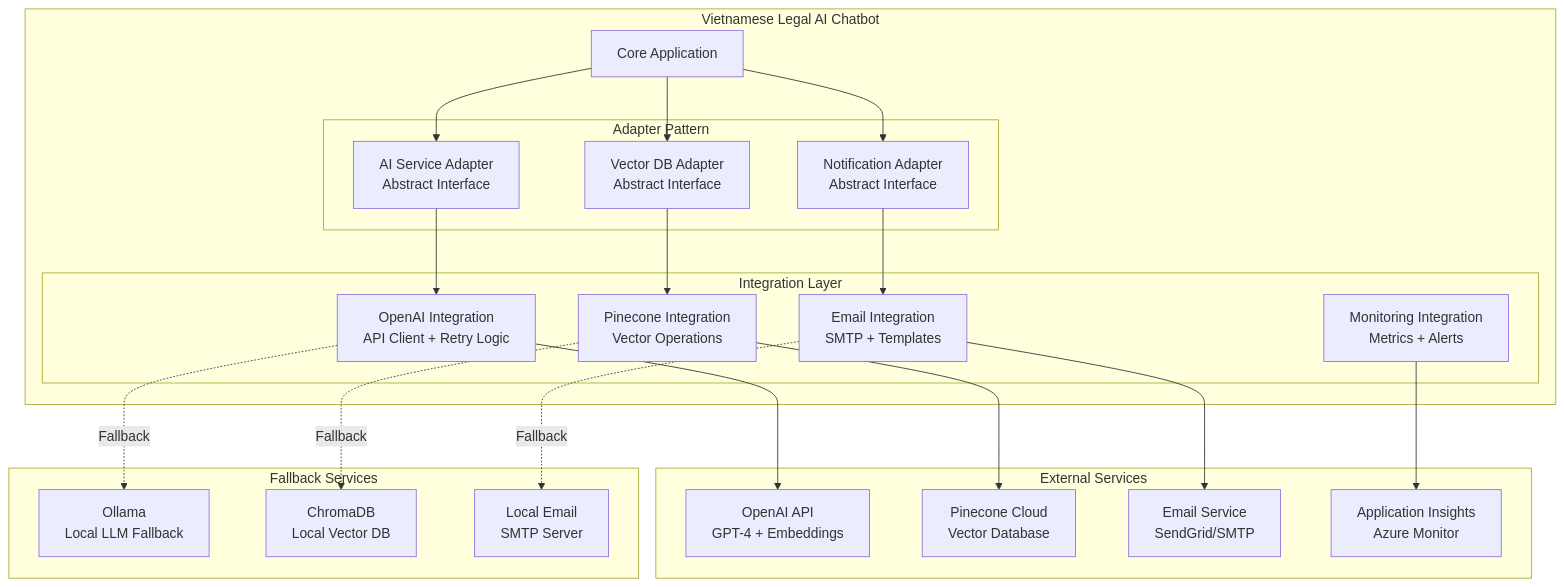
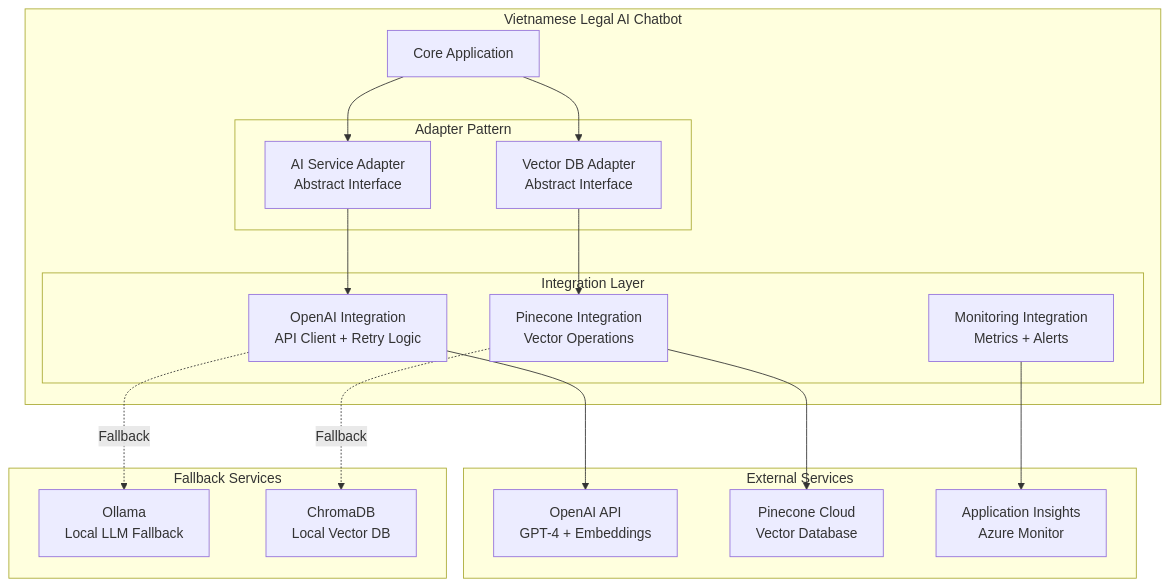
Diagram 11 of 15 in vietnamese_legal_chatbot/docs/system-architecture.md (LePhuongPhuong/F1-Hackathon-CopilotTeam), drawn with Mermaid before and after one commit. The commit also changed other lines of this file and 15 other files, not shown here.

````diff
--- a/vietnamese_legal_chatbot/docs/system-architecture.md
+++ b/vietnamese_legal_chatbot/docs/system-architecture.md
@@ -709,49 +479,41 @@
 ```mermaid
 graph TB
     subgraph "Vietnamese Legal AI Chatbot"
         CORE[Core Application]
         
         subgraph "Integration Layer"
             OPENAI_INT[OpenAI Integration<br/>API Client + Retry Logic]
             PINECONE_INT[Pinecone Integration<br/>Vector Operations]
-            EMAIL_INT[Email Integration<br/>SMTP + Templates]
             MONITORING_INT[Monitoring Integration<br/>Metrics + Alerts]
         end
         
         subgraph "Adapter Pattern"
             AI_ADAPTER[AI Service Adapter<br/>Abstract Interface]
             VECTOR_ADAPTER[Vector DB Adapter<br/>Abstract Interface]
-            NOTIFICATION_ADAPTER[Notification Adapter<br/>Abstract Interface]
         end
     end
     
     subgraph "External Services"
         OPENAI[OpenAI API<br/>GPT-4 + Embeddings]
         PINECONE[Pinecone Cloud<br/>Vector Database]
-        SMTP[Email Service<br/>SendGrid/SMTP]
         APPINSIGHTS[Application Insights<br/>Azure Monitor]
     end
     
     subgraph "Fallback Services"
         OLLAMA[Ollama<br/>Local LLM Fallback]
         CHROMA[ChromaDB<br/>Local Vector DB]
-        LOCAL_EMAIL[Local Email<br/>SMTP Server]
     end
     
     CORE --> AI_ADAPTER
     CORE --> VECTOR_ADAPTER
-    CORE --> NOTIFICATION_ADAPTER
     
     AI_ADAPTER --> OPENAI_INT
     VECTOR_ADAPTER --> PINECONE_INT
-    NOTIFICATION_ADAPTER --> EMAIL_INT
     
     OPENAI_INT --> OPENAI
     PINECONE_INT --> PINECONE
-    EMAIL_INT --> SMTP
     MONITORING_INT --> APPINSIGHTS
     
     OPENAI_INT -.->|Fallback| OLLAMA
     PINECONE_INT -.->|Fallback| CHROMA
-    EMAIL_INT -.->|Fallback| LOCAL_EMAIL
 ```
````
